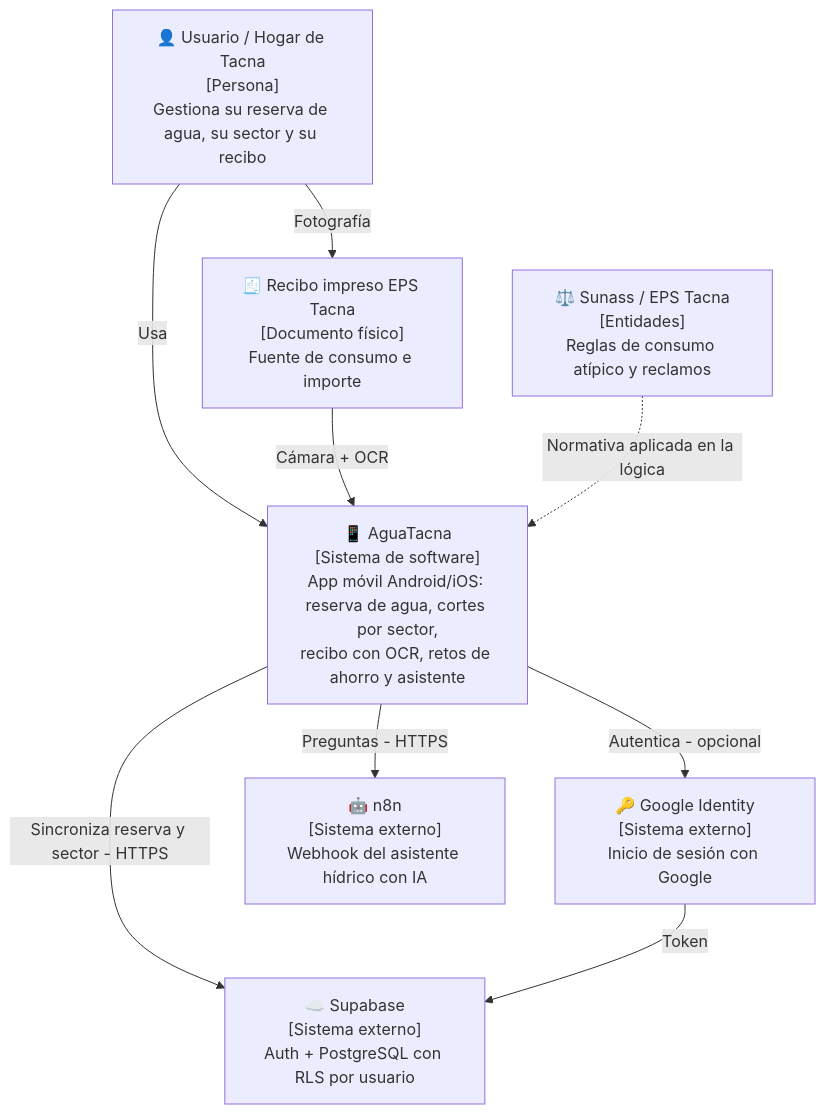
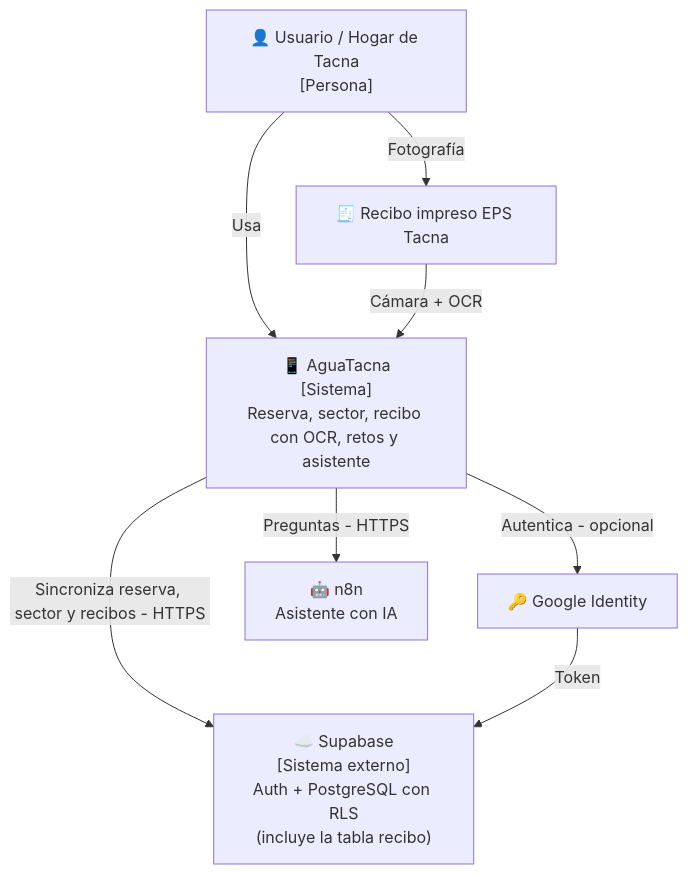
Before and after one commit to IkerASierraR/pruebas_antitodo: the seventh of 10 diagrams in informacionRecibo.md, drawn with Mermaid. The commit also changed other lines of this file, not shown here.

````diff
--- a/informacionRecibo.md
+++ b/informacionRecibo.md
@@ -500,21 +494,17 @@
 ```mermaid
 flowchart TB
-    Hogar["👤 Usuario / Hogar de Tacna<br/>[Persona]<br/>Gestiona su reserva de agua, su sector y su recibo"]
-
-    App["📱 AguaTacna<br/>[Sistema de software]<br/>App móvil Android/iOS: reserva de agua, cortes por sector,<br/>recibo con OCR, retos de ahorro y asistente"]
-
-    Supa["☁️ Supabase<br/>[Sistema externo]<br/>Auth + PostgreSQL con RLS por usuario"]
-    Google["🔑 Google Identity<br/>[Sistema externo]<br/>Inicio de sesión con Google"]
-    N8n["🤖 n8n<br/>[Sistema externo]<br/>Webhook del asistente hídrico con IA"]
-    Recibo["🧾 Recibo impreso EPS Tacna<br/>[Documento físico]<br/>Fuente de consumo e importe"]
-    Sunass["⚖️ Sunass / EPS Tacna<br/>[Entidades]<br/>Reglas de consumo atípico y reclamos"]
+    Hogar["👤 Usuario / Hogar de Tacna<br/>[Persona]"]
+    App["📱 AguaTacna<br/>[Sistema]<br/>Reserva, sector, recibo con OCR, retos y asistente"]
+    Supa["☁️ Supabase<br/>[Sistema externo]<br/>Auth + PostgreSQL con RLS<br/>(incluye la tabla recibo)"]
+    Google["🔑 Google Identity"]
+    N8n["🤖 n8n<br/>Asistente con IA"]
+    Recibo["🧾 Recibo impreso EPS Tacna"]
 
     Hogar -->|Usa| App
     Hogar -->|Fotografía| Recibo
     Recibo -->|Cámara + OCR| App
-    App -->|Sincroniza reserva y sector - HTTPS| Supa
+    App -->|Sincroniza reserva, sector y recibos - HTTPS| Supa
     App -->|Autentica - opcional| Google
     Google -->|Token| Supa
     App -->|Preguntas - HTTPS| N8n
-    Sunass -.->|Normativa aplicada en la lógica| App
 ```
````
